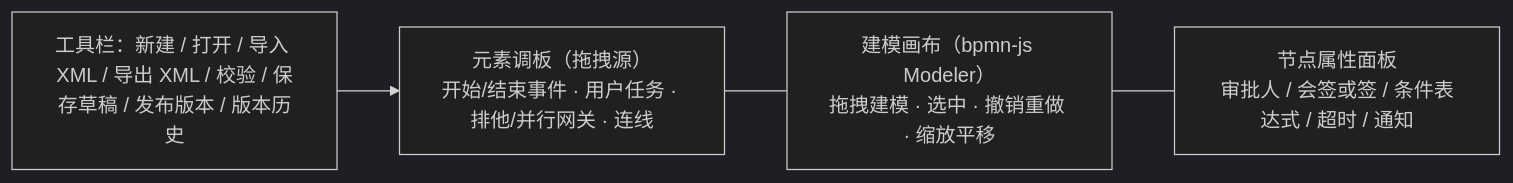
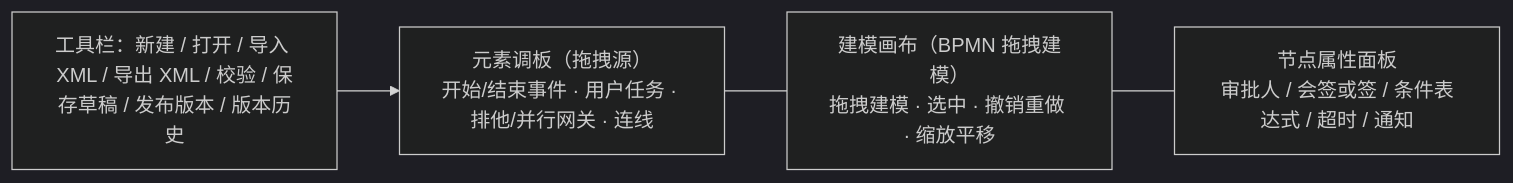
One commit to minjian123/basic-management-system changed the first of 2 diagrams in bms文档/设计/组件设计/08_交互类/06_组件设计_流程建模器/06_组件设计_流程建模器.md. Above: the diagram before and after it, drawn with Mermaid (dark theme). The commit also changed other lines of this file and 238 other files, not shown here.

````diff
--- a/bms文档/设计/组件设计/08_交互类/06_组件设计_流程建模器/06_组件设计_流程建模器.md
+++ b/bms文档/设计/组件设计/08_交互类/06_组件设计_流程建模器/06_组件设计_流程建模器.md
@@ -33,8 +33,8 @@
 ```mermaid
 flowchart LR
     TB["工具栏：新建 / 打开 / 导入 XML / 导出 XML / 校验 / 保存草稿 / 发布版本 / 版本历史"]
     EP["元素调板（拖拽源）<br/>开始/结束事件 · 用户任务 · 排他/并行网关 · 连线"]
-    BC["建模画布（bpmn-js Modeler）<br/>拖拽建模 · 选中 · 撤销重做 · 缩放平移"]
+    BC["建模画布（BPMN 拖拽建模）<br/>拖拽建模 · 选中 · 撤销重做 · 缩放平移"]
     PP["节点属性面板<br/>审批人 / 会签或签 / 条件表达式 / 超时 / 通知"]
     TB --> EP --- BC --- PP
 ```
````
